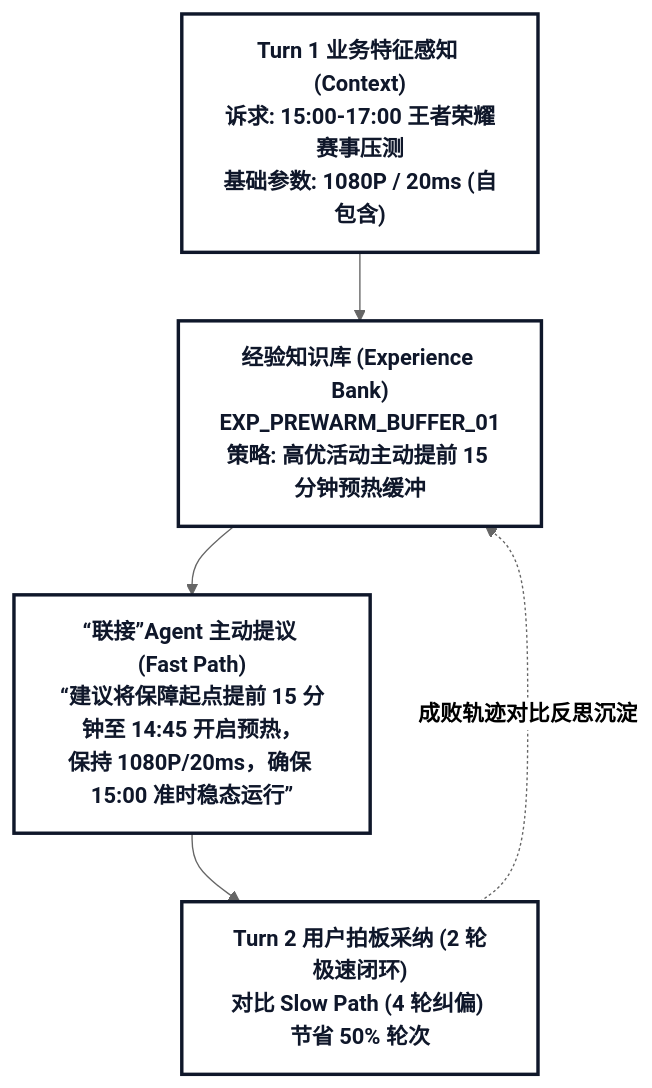
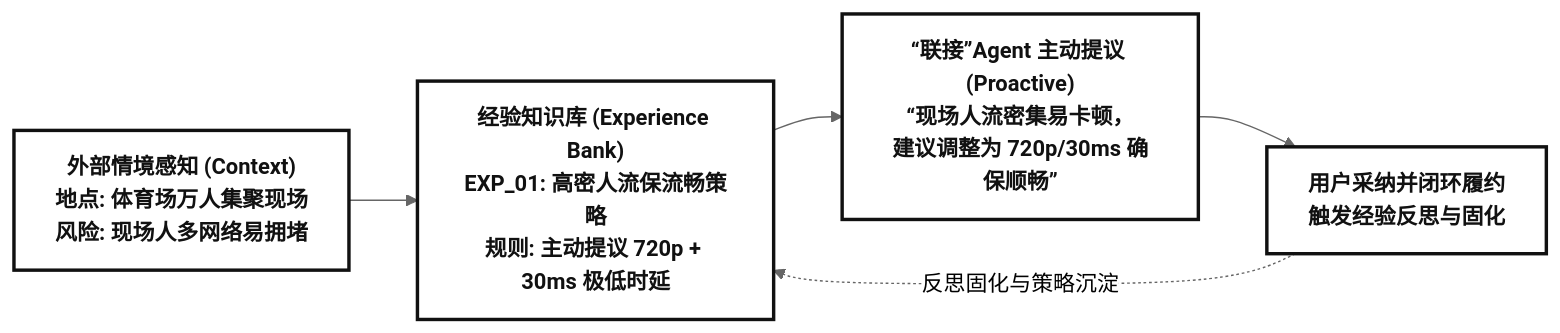
The fifth of 5 diagrams in docs/archive/memory_evolution_proposal.md (wangbanjin1/cross_data_gen), drawn with Mermaid (neutral theme) before and after one commit. The commit also changed other lines of this file and 17 other files, not shown here.

Commit message:
refactor(docs): restore native Antigravity Mermaid rendering, remove self-generated diagrams, and standardize rigorous technical terminology

````diff
--- a/docs/archive/memory_evolution_proposal.md
+++ b/docs/archive/memory_evolution_proposal.md
@@ -262,11 +264,11 @@
 ```mermaid
-graph TD
-    classDef default fill:#FFFFFF,stroke:#0F172A,stroke-width:2.5px,color:#0F172A,font-weight:bold;
+graph LR
+    classDef default fill:#FFFFFF,stroke:#111111,stroke-width:2.5px,color:#111111,font-weight:bold;
 
-    Context["<b>Turn 1 业务特征感知 (Context)<br/>诉求: 15:00-17:00 王者荣耀赛事压测<br/>基础参数: 1080P / 20ms (自包含)</b>"] --> Bank["<b>经验知识库 (Experience Bank)<br/>EXP_PREWARM_BUFFER_01<br/>策略: 高优活动主动提前 15 分钟预热缓冲</b>"]
+    Context["外部情境感知 (Context)<br/>地点: 体育场万人集聚现场<br/>风险: 现场人多网络易拥堵"] --> Bank["经验知识库 (Experience Bank)<br/>EXP_01: 高密人流保流畅策略<br/>规则: 主动提议 720p + 30ms 极低时延"]
     
-    Bank --> AgentAction["<b>“联接”Agent 主动提议 (Fast Path)<br/>“建议将保障起点提前 15 分钟至 14:45 开启预热，<br/>保持 1080P/20ms，确保 15:00 准时稳态运行”</b>"]
+    Bank --> AgentAction["“联接”Agent 主动提议 (Proactive)<br/>“现场人流密集易卡顿，<br/>建议调整为 720p/30ms 确保顺畅”"]
     
-    AgentAction --> Feedback["<b>Turn 2 用户拍板采纳 (2 轮极速闭环)<br/>对比 Slow Path (4 轮纠偏) 节省 50% 轮次</b>"]
-    Feedback -.->|"<b>成败轨迹对比反思沉淀</b>"| Bank
+    AgentAction --> Feedback["用户采纳并闭环履约<br/>触发经验反思与固化"]
+    Feedback -. 反思固化与策略沉淀 .-> Bank
 ```
````
